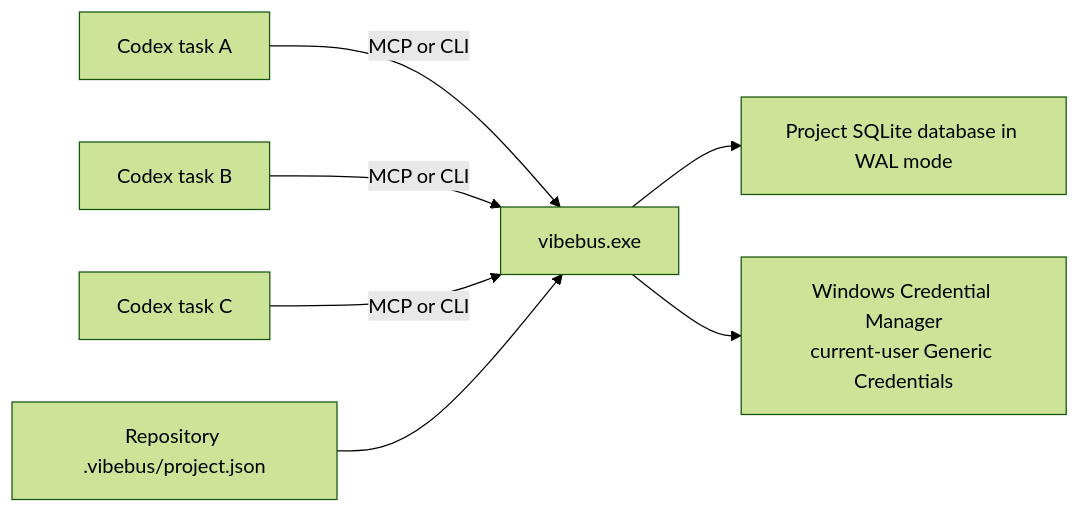
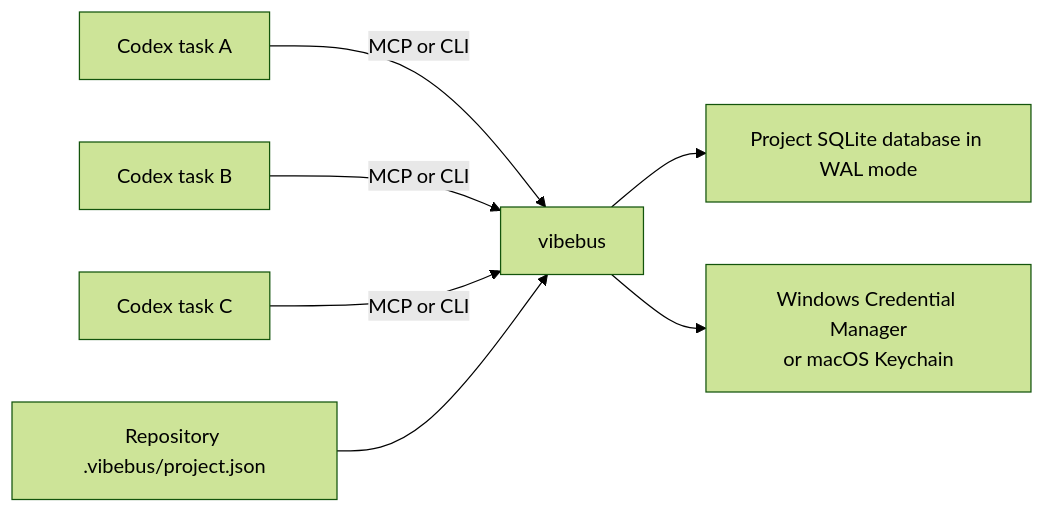
The diagram in docs/architecture.md (lakeofsky347/VibeBus), drawn with Mermaid (forest theme) before and after one commit. The commit also changed other lines of this file and 31 other files, not shown here.

````diff
--- a/docs/architecture.md
+++ b/docs/architecture.md
@@ -9,9 +9,9 @@
 ```mermaid
 flowchart LR
-    A["Codex task A"] -->|MCP or CLI| X["vibebus.exe"]
+    A["Codex task A"] -->|MCP or CLI| X["vibebus"]
     B["Codex task B"] -->|MCP or CLI| X
     C["Codex task C"] -->|MCP or CLI| X
     X --> D["Project SQLite database in WAL mode"]
-    X --> V["Windows Credential Manager<br/>current-user Generic Credentials"]
+    X --> V["Windows Credential Manager<br/>or macOS Keychain"]
     R["Repository .vibebus/project.json"] --> X
 ```
````
